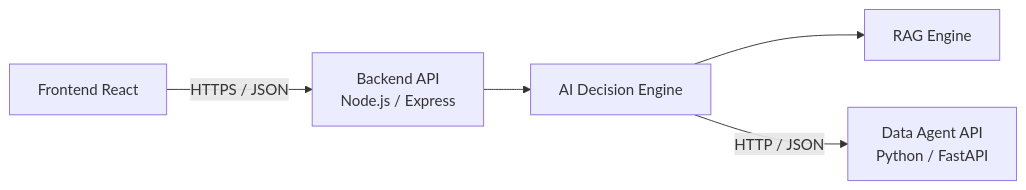
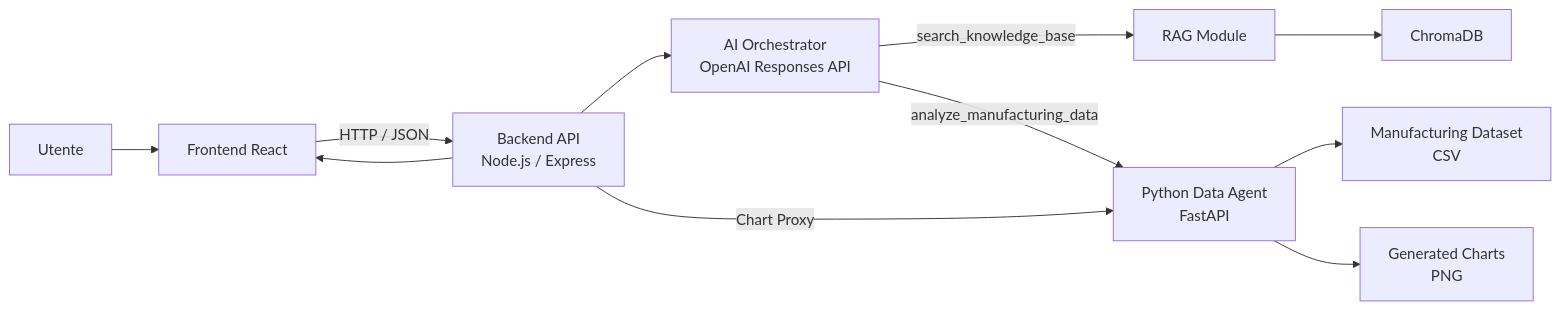
One commit to marcosaccani1/maranello-ai changed the first of 3 diagrams in docs/it/05_API_Specification.md. Above: the diagram before and after it, drawn with Mermaid. The commit also changed other lines of this file and 7 other files, not shown here.

````diff
--- a/docs/it/05_API_Specification.md
+++ b/docs/it/05_API_Specification.md
@@ -99,21 +232,41 @@
 ```mermaid
 flowchart LR
 
-Frontend["Frontend React"]
+    User["Utente"]
 
-Backend["Backend API<br/>Node.js / Express"]
+    FE["Frontend React"]
 
-Decision["AI Decision Engine"]
+    BE["Backend API<br/>Node.js / Express"]
 
-RAG["RAG Engine"]
+    AI["AI Orchestrator<br/>OpenAI Responses API"]
 
-DataAgent["Data Agent API<br/>Python / FastAPI"]
+    RAG["RAG Module"]
 
-Frontend -->|HTTPS / JSON| Backend
+    Chroma["ChromaDB"]
 
-Backend --> Decision
+    DA["Python Data Agent<br/>FastAPI"]
 
-Decision --> RAG
+    CSV["Manufacturing Dataset<br/>CSV"]
 
-Decision -->|HTTP / JSON| DataAgent
+    Charts["Generated Charts<br/>PNG"]
+
+    User --> FE
+
+    FE -->|"HTTP / JSON"| BE
+
+    BE --> AI
+
+    AI -->|"search_knowledge_base"| RAG
+
+    RAG --> Chroma
+
+    AI -->|"analyze_manufacturing_data"| DA
+
+    DA --> CSV
+
+    DA --> Charts
+
+    BE -->|"Chart Proxy"| DA
+
+    BE --> FE
 ```
````
